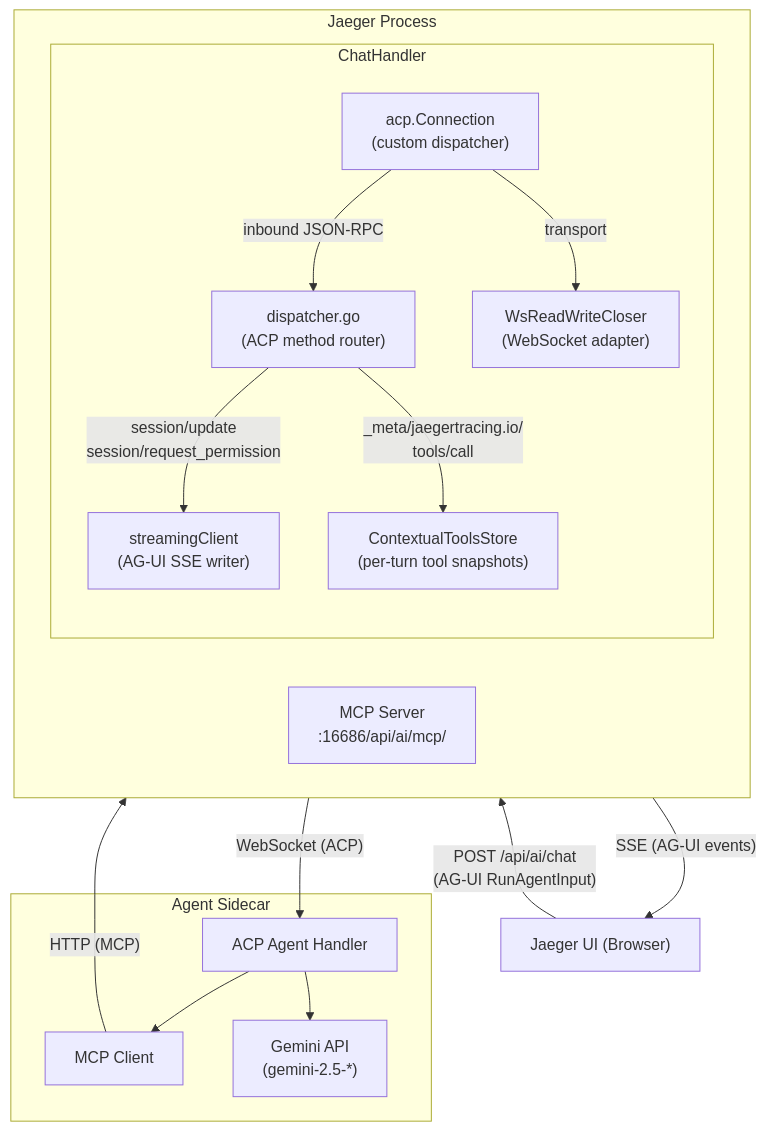
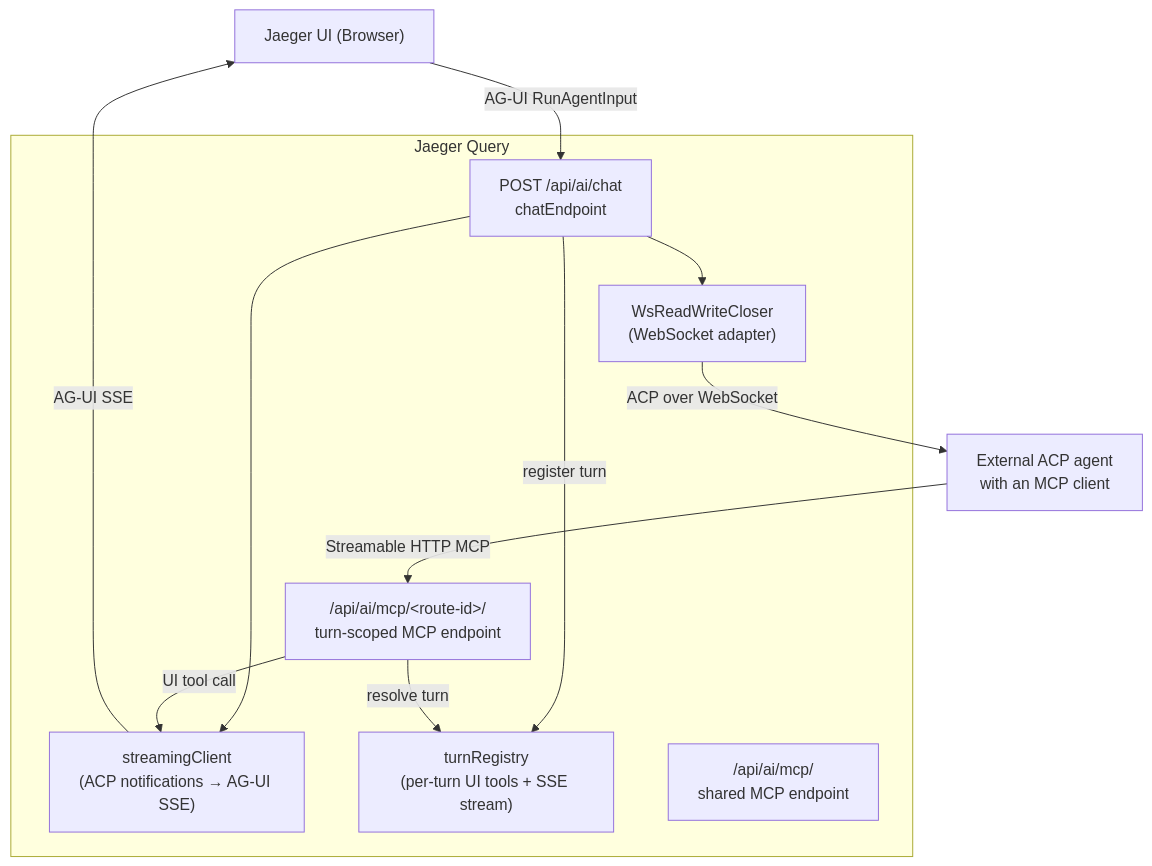
One commit to jaegertracing/jaeger changed the first of 2 diagrams in cmd/jaeger/internal/extension/jaegerquery/internal/jaegerai/README.md. Above: the diagram before and after it, drawn with Mermaid. The commit also changed other lines of this file and 16 other files, not shown here.

First line of the commit message:
refactor(ai): Remove legacy ACP tool routing (#9855)

````diff
--- a/cmd/jaeger/internal/extension/jaegerquery/internal/jaegerai/README.md
+++ b/cmd/jaeger/internal/extension/jaegerquery/internal/jaegerai/README.md
@@ -17,34 +14,25 @@
 ```mermaid
 flowchart TB
     UI["Jaeger UI (Browser)"]
 
-    subgraph jaeger["Jaeger Process"]
-        direction LR
-        MCP["MCP Server<br>:16686/api/ai/mcp/"]
-        subgraph handler["ChatHandler"]
-            direction TB
-            ACPCONN["acp.Connection<br>(custom dispatcher)"]
-            DISPATCH["dispatcher.go<br>(ACP method router)"]
-            SC["streamingClient<br>(AG-UI SSE writer)"]
-            WS["WsReadWriteCloser<br>(WebSocket adapter)"]
-            STORE["ContextualToolsStore<br>(per-turn tool snapshots)"]
-            ACPCONN -- "inbound JSON-RPC" --> DISPATCH
-            DISPATCH -- "session/update<br>session/request_permission" --> SC
-            DISPATCH -- "_meta/jaegertracing.io/<br>tools/call" --> STORE
-            ACPCONN -- "transport" --> WS
-        end
+    subgraph jaeger["Jaeger Query"]
+        CHAT["POST /api/ai/chat<br>chatEndpoint"]
+        SC["streamingClient<br>(ACP notifications → AG-UI SSE)"]
+        WS["WsReadWriteCloser<br>(WebSocket adapter)"]
+        TURNS["turnRegistry<br>(per-turn UI tools + SSE stream)"]
+        MCP["/api/ai/mcp/&lt;route-id&gt;/<br>turn-scoped MCP endpoint"]
+        SHARED["/api/ai/mcp/<br>shared MCP endpoint"]
+        CHAT --> SC
+        CHAT --> WS
+        CHAT -- "register turn" --> TURNS
+        MCP -- "resolve turn" --> TURNS
+        MCP -- "UI tool call" --> SC
     end
 
-    subgraph sidecar["Agent Sidecar"]
-        AGENT["ACP Agent Handler"]
-        MCPCLIENT["MCP Client"]
-        GEMINI["Gemini API<br>(gemini-2.5-*)"]
-        AGENT --> MCPCLIENT
-        AGENT --> GEMINI
-    end
+    AGENT["External ACP agent<br>with an MCP client"]
 
-    UI -- "POST /api/ai/chat<br>(AG-UI RunAgentInput)" --> handler
-    SC -- "SSE (AG-UI events)" --> UI
-    WS -- "WebSocket (ACP)" --> AGENT
-    MCPCLIENT -- "HTTP (MCP)" --> MCP
+    UI -- "AG-UI RunAgentInput" --> CHAT
+    SC -- "AG-UI SSE" --> UI
+    WS -- "ACP over WebSocket" --> AGENT
+    AGENT -- "Streamable HTTP MCP" --> MCP
 ```
````
